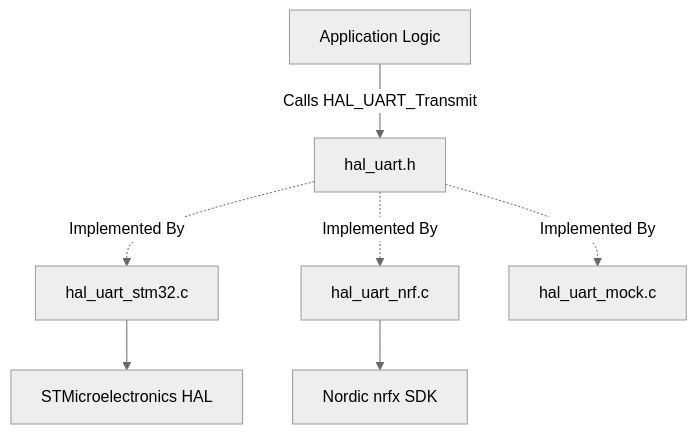
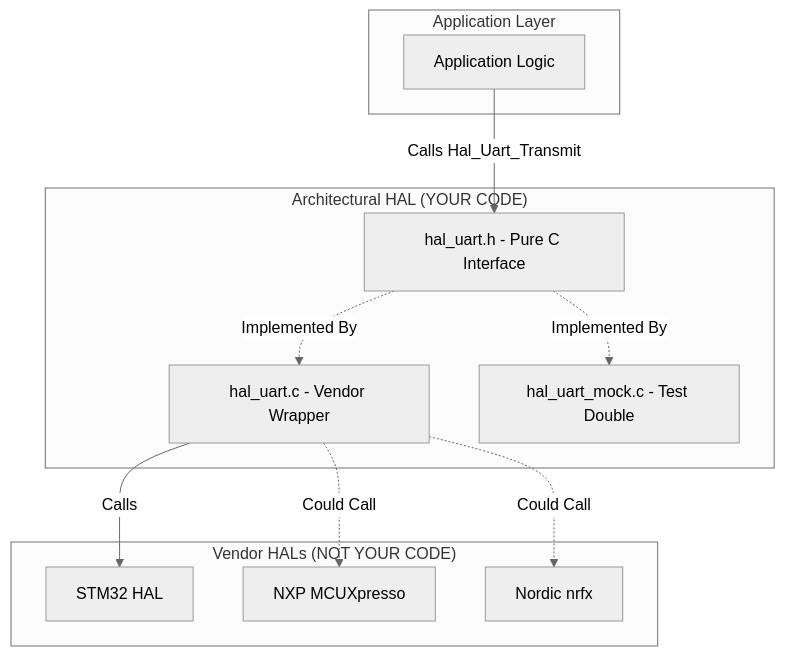
The diagram in src/part2-modular-design/chapter-04/02-hardware-abstraction-layers.md (Raynhardt-Van-Zyl/Embedded-C-Architecture-Course), drawn with Mermaid (neutral theme) before and after one commit. The commit also changed other lines of this file and 32 other files, not shown here.

````diff
--- a/src/part2-modular-design/chapter-04/02-hardware-abstraction-layers.md
+++ b/src/part2-modular-design/chapter-04/02-hardware-abstraction-layers.md
@@ -120,9 +137,25 @@
 ```mermaid
 graph TD
-    App[Application Logic] -->|Calls HAL_UART_Transmit| API[hal_uart.h]
-    API -.->|Implemented By| ST[hal_uart_stm32.c]
-    API -.->|Implemented By| NRF[hal_uart_nrf.c]
-    API -.->|Implemented By| PC[hal_uart_mock.c]
-    ST --> STM32_HAL[STMicroelectronics HAL]
-    NRF --> NRFX[Nordic nrfx SDK]
+    subgraph "Application Layer"
+        APP[Application Logic]
+    end
+    
+    subgraph "Architectural HAL (YOUR CODE)"
+        API[hal_uart.h - Pure C Interface]
+        IMPL[hal_uart.c - Vendor Wrapper]
+        MOCK[hal_uart_mock.c - Test Double]
+    end
+    
+    subgraph "Vendor HALs (NOT YOUR CODE)"
+        ST[STM32 HAL]
+        NXP[NXP MCUXpresso]
+        NRF[Nordic nrfx]
+    end
+    
+    APP -->|Calls Hal_Uart_Transmit| API
+    API -.->|Implemented By| IMPL
+    API -.->|Implemented By| MOCK
+    IMPL -->|Calls| ST
+    IMPL -.->|Could Call| NXP
+    IMPL -.->|Could Call| NRF
 ```
````
